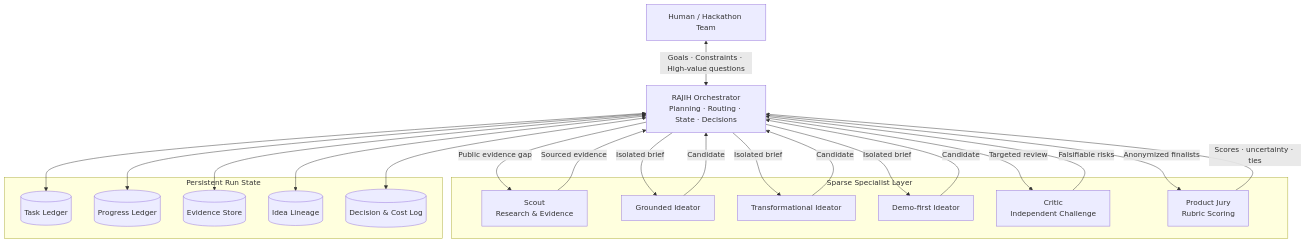
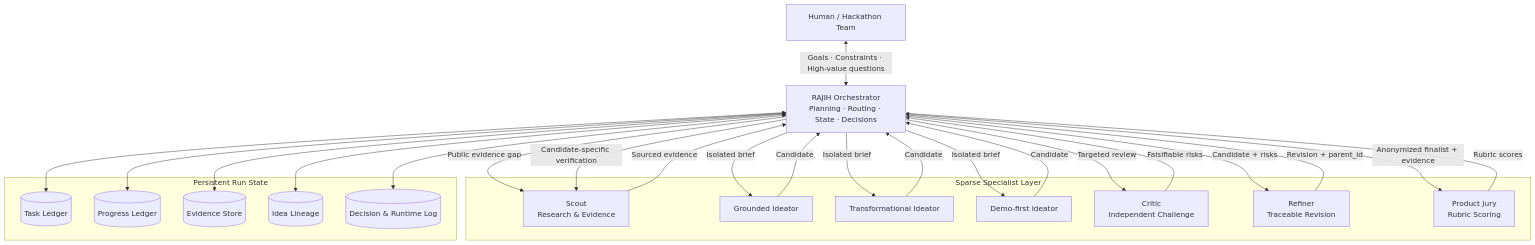
Before and after one commit to SultanAlfaifi/rajih-engine: the diagram in docs/diagrams/architecture.md, drawn with Mermaid. The commit also changed 16 other files, not shown here.

````diff
--- a/docs/diagrams/architecture.md
+++ b/docs/diagrams/architecture.md
@@ -5,42 +5,46 @@
 ```mermaid
 flowchart TB
     U["Human / Hackathon Team"]
     O["RAJIH Orchestrator<br/>Planning · Routing · State · Decisions"]
     U <-->|"Goals · Constraints · High-value questions"| O
 
     subgraph AG["Sparse Specialist Layer"]
         S["Scout<br/>Research & Evidence"]
         I1["Grounded Ideator"]
         I2["Transformational Ideator"]
         I3["Demo-first Ideator"]
         C["Critic<br/>Independent Challenge"]
+        R["Refiner<br/>Traceable Revision"]
         J["Product Jury<br/>Rubric Scoring"]
     end
 
     O -->|"Public evidence gap"| S
     S -->|"Sourced evidence"| O
     O -->|"Isolated brief"| I1
     O -->|"Isolated brief"| I2
     O -->|"Isolated brief"| I3
     I1 -->|"Candidate"| O
     I2 -->|"Candidate"| O
     I3 -->|"Candidate"| O
     O -->|"Targeted review"| C
     C -->|"Falsifiable risks"| O
-    O -->|"Anonymized finalists"| J
-    J -->|"Scores · uncertainty · ties"| O
+    O -->|"Candidate + risks"| R
+    R -->|"Revision + parent_id"| O
+    O -->|"Candidate-specific verification"| S
+    O -->|"Anonymized finalist + evidence"| J
+    J -->|"Rubric scores"| O
 
     subgraph MEM["Persistent Run State"]
         T[("Task Ledger")]
         P[("Progress Ledger")]
         E[("Evidence Store")]
         L[("Idea Lineage")]
-        D[("Decision & Cost Log")]
+        D[("Decision & Runtime Log")]
     end
 
     O <--> T
     O <--> P
     O <--> E
     O <--> L
     O <--> D
 ```
````
